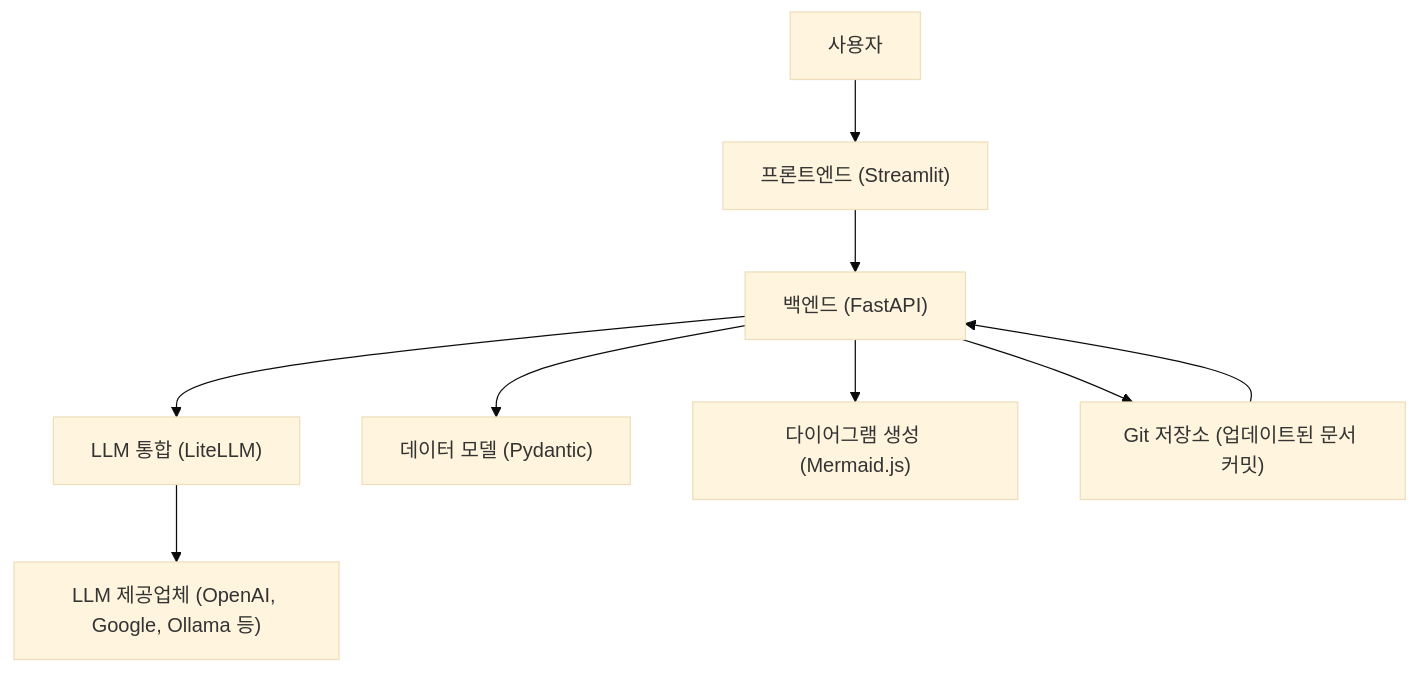
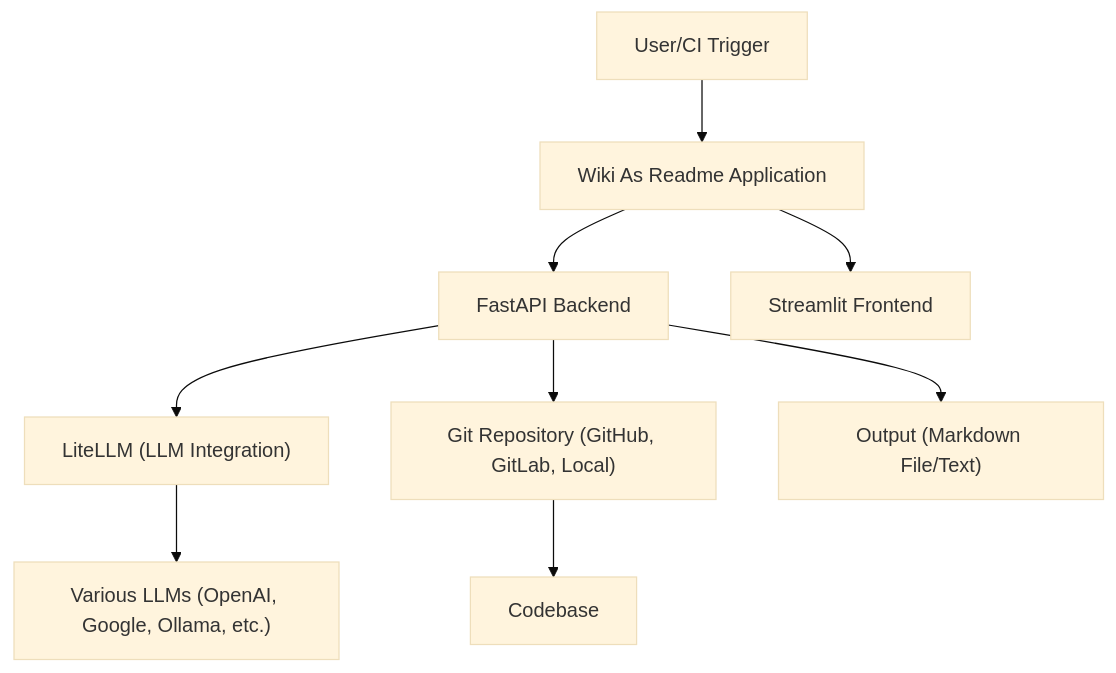
The first of 19 diagrams in examples/wiki_as_README.md (catuscio/wiki-as-readme), drawn with Mermaid (base theme) before and after one commit. The commit also changed other lines of this file, not shown here.

Commit message:
docs: ✨Update examples/wiki_as_README.md via Wiki-As-Readme Action

````diff
--- a/examples/wiki_as_README.md
+++ b/examples/wiki_as_README.md
@@ -125,11 +219,11 @@
 ```mermaid
 graph TD
-    A["사용자"] --> B["프론트엔드 (Streamlit)"]
-    B --> C["백엔드 (FastAPI)"]
-    C --> D["LLM 통합 (LiteLLM)"]
-    D --> E["LLM 제공업체 (OpenAI, Google, Ollama 등)"]
-    C --> F["데이터 모델 (Pydantic)"]
-    C --> G["다이어그램 생성 (Mermaid.js)"]
-    H["Git 저장소 (GitHub, GitLab 등)"] --> C
-    C --> H["Git 저장소 (업데이트된 문서 커밋)"]
+    A["User/CI Trigger"] --> B["Wiki As Readme Application"];
+    B --> C["FastAPI Backend"];
+    B --> D["Streamlit Frontend"];
+    C --> E["LiteLLM (LLM Integration)"];
+    E --> F["Various LLMs (OpenAI, Google, Ollama, etc.)"];
+    C --> G["Git Repository (GitHub, GitLab, Local)"];
+    G --> H["Codebase"];
+    C --> I["Output (Markdown File/Text)"];
 ```
````
